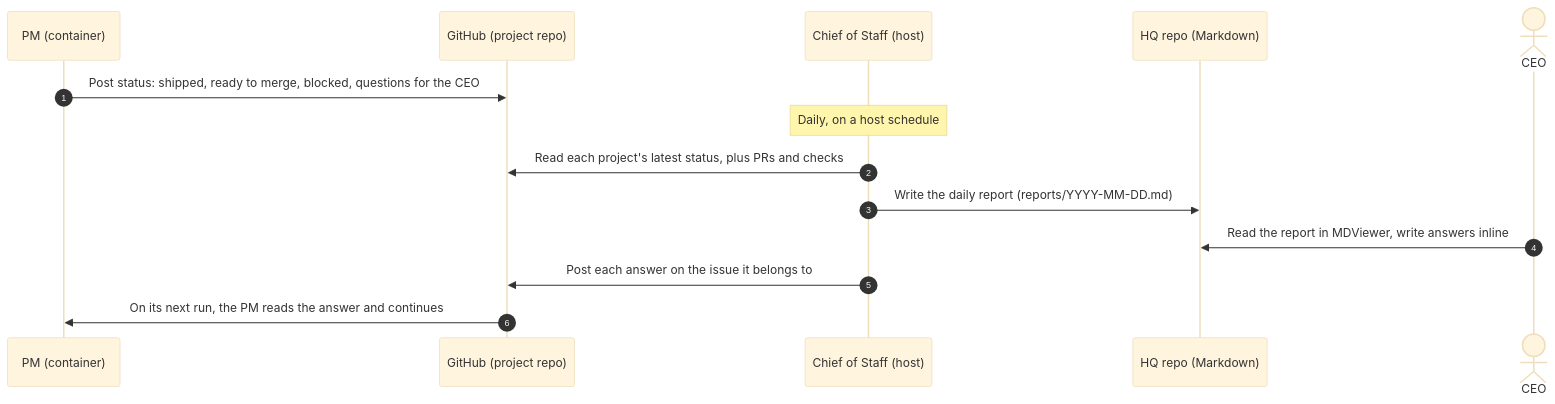
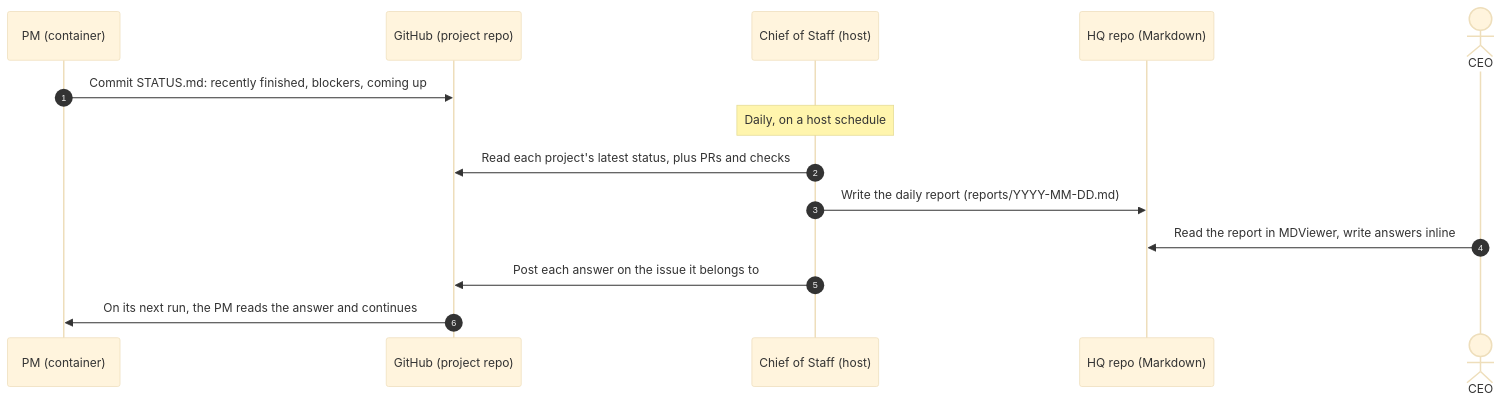
The diagram in docs/brainstorms/2026-10-05-communication-channel.md (dpeckham/ai-proj-arch), drawn with Mermaid (base theme) before and after one commit. The commit also changed other lines of this file, not shown here.

First line of the commit message:
Record Q2 decision: per-project STATUS.md

````diff
--- a/docs/brainstorms/2026-10-05-communication-channel.md
+++ b/docs/brainstorms/2026-10-05-communication-channel.md
@@ -13,17 +13,17 @@
 ```mermaid
 sequenceDiagram
     autonumber
     participant PM as PM (container)
     participant GH as GitHub (project repo)
     participant CoS as Chief of Staff (host)
     participant HQ as HQ repo (Markdown)
     actor CEO
 
-    PM->>GH: Post status: shipped, ready to merge, blocked, questions for the CEO
+    PM->>GH: Commit STATUS.md: recently finished, blockers, coming up
     Note over CoS: Daily, on a host schedule
     CoS->>GH: Read each project's latest status, plus PRs and checks
     CoS->>HQ: Write the daily report (reports/YYYY-MM-DD.md)
     CEO->>HQ: Read the report in MDViewer, write answers inline
     CoS->>GH: Post each answer on the issue it belongs to
     GH->>PM: On its next run, the PM reads the answer and continues
 ```
````
